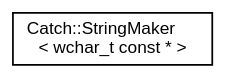
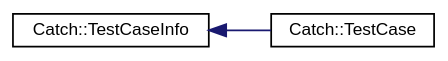
One commit to AliceHarang/aliceharang.github.io changed the diagram in inherit_graph_78.dot. Above: the diagram before and after it, drawn with Graphviz. The commit also changed 644 other files, not shown here.

```diff
--- a/inherit_graph_78.dot
+++ b/inherit_graph_78.dot
@@ -1,9 +1,11 @@
 digraph "Graphical Class Hierarchy"
 {
  // LATEX_PDF_SIZE
   bgcolor="transparent";
   edge [fontname="Helvetica",fontsize="10",labelfontname="Helvetica",labelfontsize="10"];
   node [fontname="Helvetica",fontsize="10",shape=record];
   rankdir="LR";
-  Node0 [label="Catch::StringMaker\l\< wchar_t const * \>",height=0.2,width=0.4,color="black",URL="$structCatch_1_1StringMaker_3_01wchar__t_01const_01_5_01_4.html",tooltip=" "];
+  Node0 [label="Catch::TestCaseInfo",height=0.2,width=0.4,color="black",URL="$structCatch_1_1TestCaseInfo.html",tooltip=" "];
+  Node0 -> Node1 [dir="back",color="midnightblue",fontsize="10",style="solid",fontname="Helvetica"];
+  Node1 [label="Catch::TestCase",height=0.2,width=0.4,color="black",URL="$classCatch_1_1TestCase.html",tooltip=" "];
 }
```
